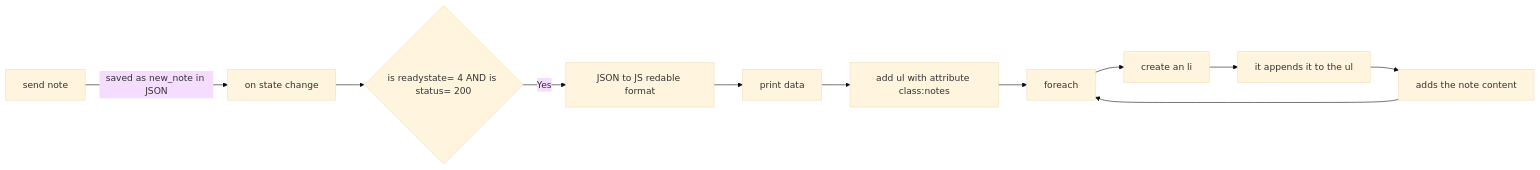
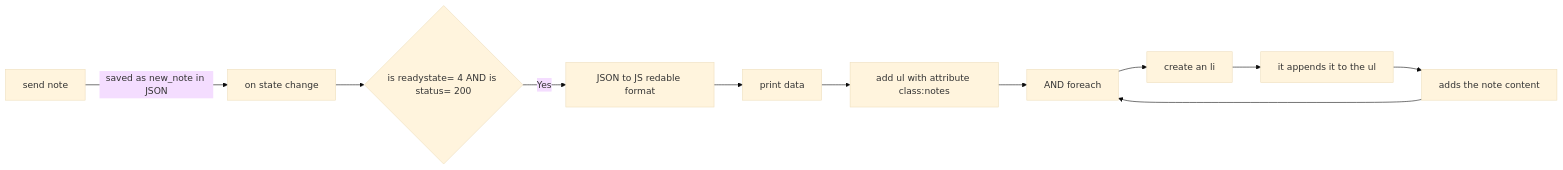
Before and after one commit to Mafant13/FullStackOpenCourse: the diagram in README.md, drawn with Mermaid (base theme).

````diff
--- a/README.md
+++ b/README.md
@@ -1,6 +1,6 @@
 ``` mermaid
   flowchart LR
 
 A[send note] --> |saved as new_note in JSON| B[on state change] --> C{is readystate= 4 AND is status= 200};
-C --> |Yes| D[JSON to JS redable format] --> E[print data] --> F[add ul with attribute class:notes] --> G[foreach] --> H[create an li] --> I[it appends it to the ul] --> J[adds the note content] -->G
+C --> |Yes| D[JSON to JS redable format] --> E[print data] --> F[add ul with attribute class:notes] --> G[AND foreach] --> H[create an li] --> I[it appends it to the ul] --> J[adds the note content] -->G
 ```
````
